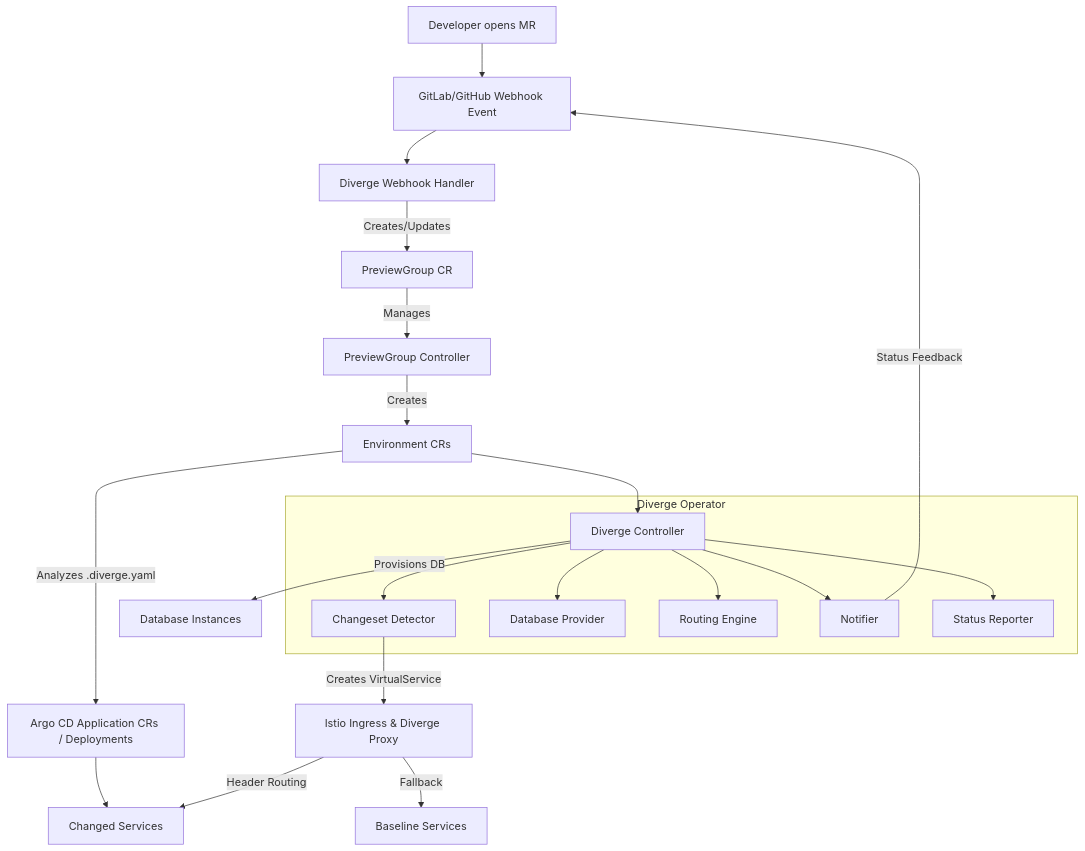
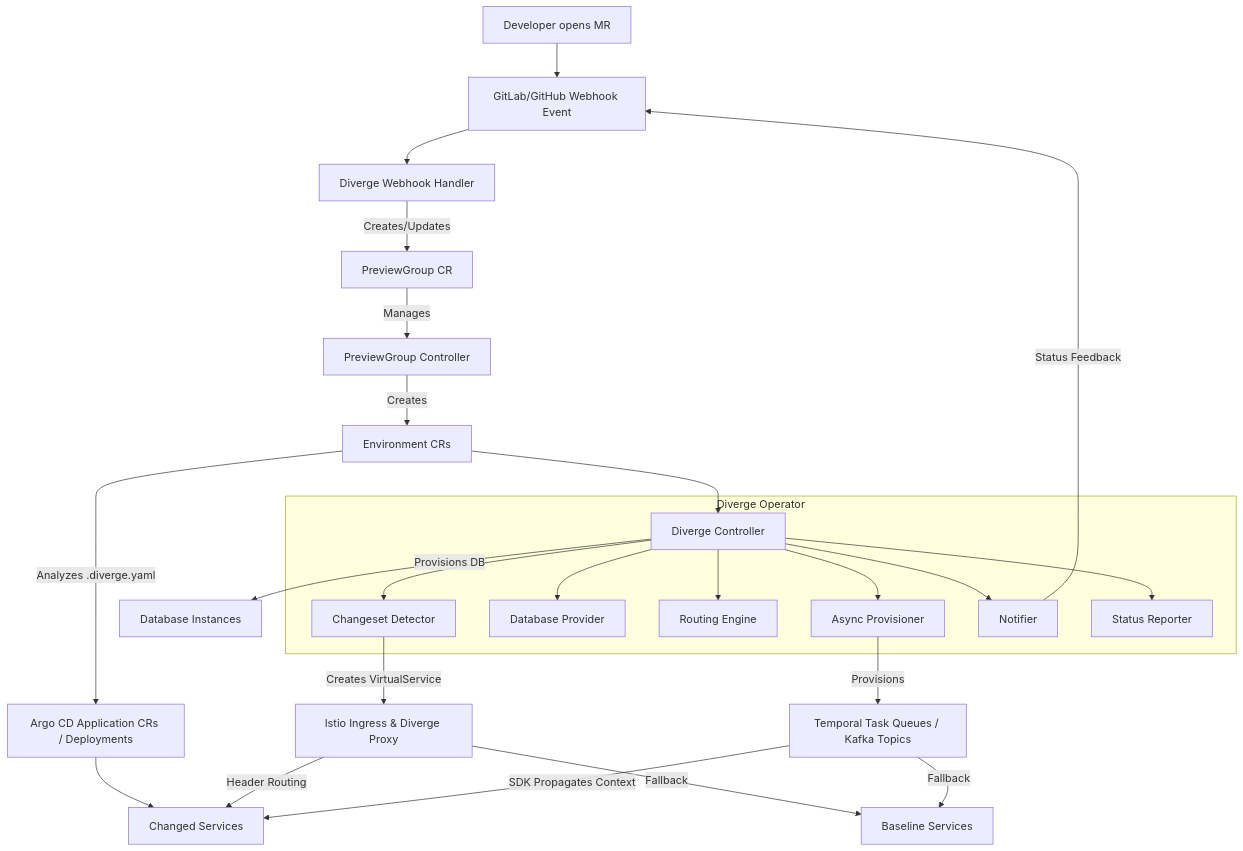
The diagram in docs/architecture.md (divergedev/diverge), drawn with Mermaid before and after one commit. The commit also changed other lines of this file and 4 other files, not shown here.

````diff
--- a/docs/architecture.md
+++ b/docs/architecture.md
@@ -10,26 +10,30 @@
 ```mermaid
 flowchart TD
     A[Developer opens MR] --> B[GitLab/GitHub Webhook Event]
     B --> C[Diverge Webhook Handler]
     C -->|Creates/Updates| D[PreviewGroup CR]
     D -->|Manages| E[PreviewGroup Controller]
     E -->|Creates| F[Environment CRs]
     F --> G[Diverge Controller]
 
     subgraph Diverge Operator
         G --> H[Changeset Detector]
         G --> I[Database Provider]
         G --> J[Routing Engine]
+        G --> ASYNC[Async Provisioner]
         G --> N[Notifier]
         G --> S[Status Reporter]
     end
 
     F -->|Analyzes .diverge.yaml| ARGO[Argo CD Application CRs / Deployments]
     G -->|Provisions DB| DB_INST[Database Instances]
     H -->|Creates VirtualService| K[Istio Ingress & Diverge Proxy]
+    ASYNC -->|Provisions| TASK[Temporal Task Queues / Kafka Topics]
     N -->|Status Feedback| B
 
     ARGO --> L[Changed Services]
     K -->|Header Routing| L
     K -->|Fallback| M[Baseline Services]
+    TASK -->|SDK Propagates Context| L
+    TASK -->|Fallback| M
 ```
````
